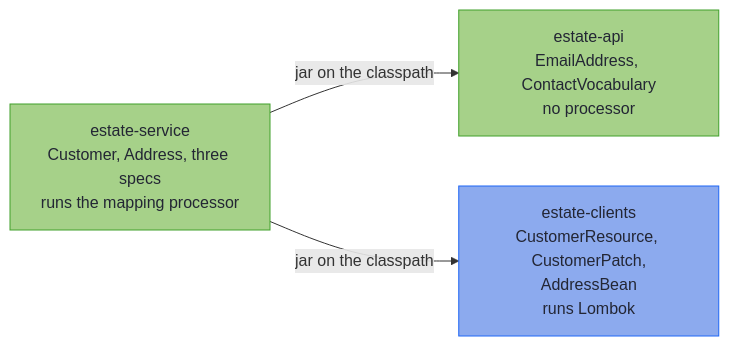
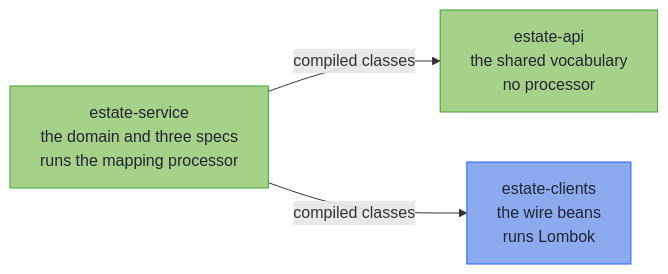
One commit to higher-kinded-j/higher-kinded-j changed the diagram in hkj-book/src/mapping/estate.md. Above: the diagram before and after it, drawn with Mermaid. The commit also changed other lines of this file and 15 other files, not shown here.

````diff
--- a/hkj-book/src/mapping/estate.md
+++ b/hkj-book/src/mapping/estate.md
@@ -24,14 +24,14 @@
 ```mermaid
 flowchart LR
     accTitle: The estate's three modules
-    accDescr: The service module depends on the api module's jar and on the clients module's jar. The api module holds the vocabulary and runs no annotation processor. The clients module holds the wire beans and runs Lombok. The service module holds the domain and the specs, and runs the mapping processor.
-    S["estate-service<br/>Customer, Address, three specs<br/>runs the mapping processor"]
-    A["estate-api<br/>EmailAddress, ContactVocabulary<br/>no processor"]
-    C["estate-clients<br/>CustomerResource, CustomerPatch,<br/>AddressBean<br/>runs Lombok"]
-    S -->|"jar on the classpath"| A
-    S -->|"jar on the classpath"| C
+    accDescr: The service module depends on the API module and on the clients module, and reads both as compiled classes. The API module holds the vocabulary and runs no annotation processor. The clients module holds the wire beans and runs Lombok. The service module holds the domain and the specs, and runs the mapping processor.
+    S["estate-service<br/>the domain and three specs<br/>runs the mapping processor"]
+    A["estate-api<br/>the shared vocabulary<br/>no processor"]
+    C["estate-clients<br/>the wire beans<br/>runs Lombok"]
+    S -->|"compiled classes"| A
+    S -->|"compiled classes"| C
     classDef wire fill:#8caaee,stroke:#1e66f5,color:#232634
     classDef domain fill:#a6d189,stroke:#40a02b,color:#232634
     class C wire
     class A,S domain
 ```
````
